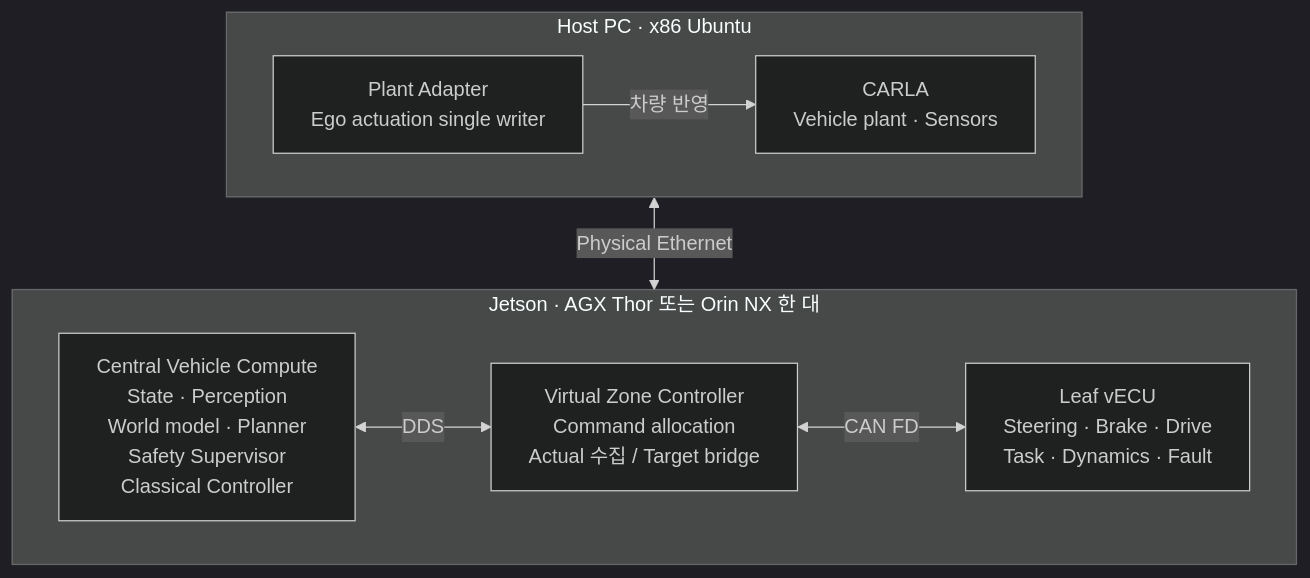
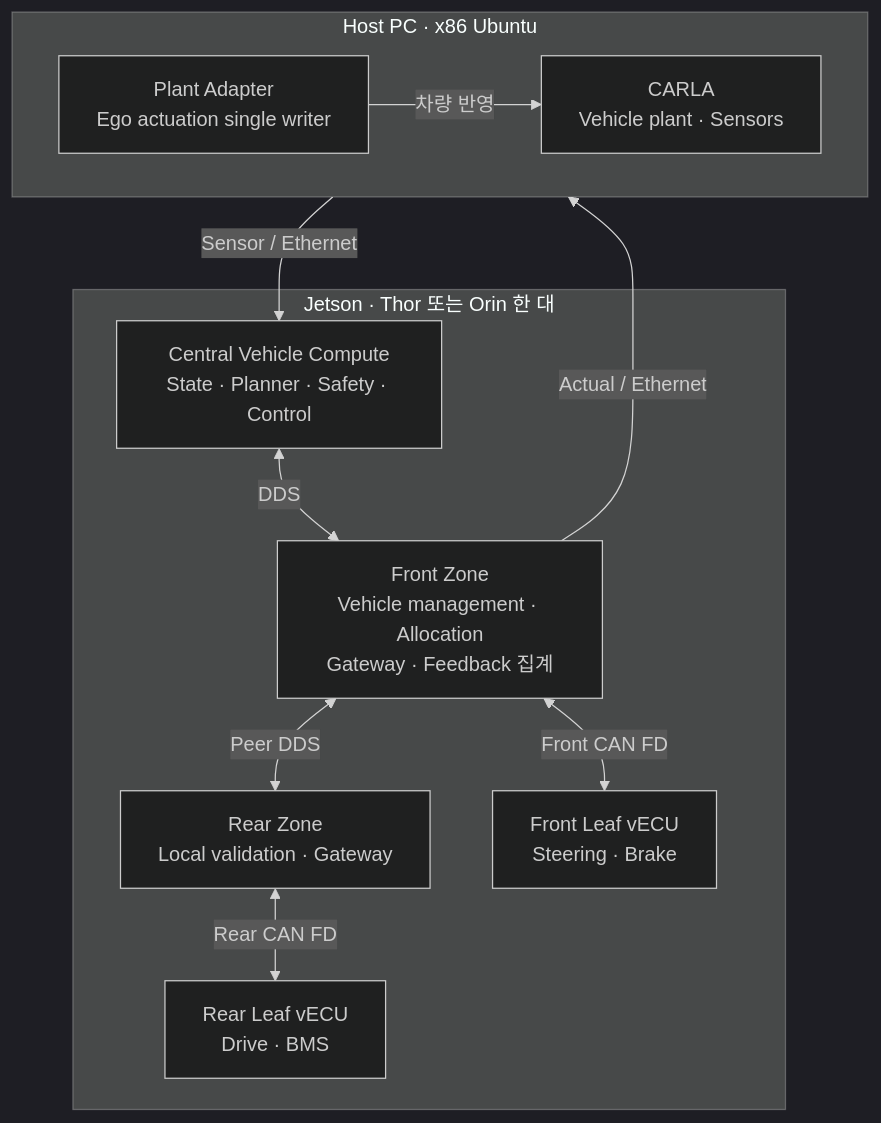
One commit to shinjuyeop/StrataDrive changed the diagram in README.md. Above: the diagram before and after it, drawn with Mermaid (dark theme). The commit also changed other lines of this file and 82 other files, not shown here.

````diff
--- a/README.md
+++ b/README.md
@@ -69,18 +64,22 @@
 ```mermaid
 flowchart TB
   subgraph HOST["Host PC · x86 Ubuntu"]
     direction LR
     ADAPTER["Plant Adapter<br/>Ego actuation single writer"]
     CARLA["CARLA<br/>Vehicle plant · Sensors"]
     ADAPTER -->|차량 반영| CARLA
   end
-  subgraph TARGET["Jetson · AGX Thor 또는 Orin NX 한 대"]
-    direction LR
-    CENTRAL["Central Vehicle Compute<br/>State · Perception<br/>World model · Planner<br/>Safety Supervisor<br/>Classical Controller"]
-    ZONE["Virtual Zone Controller<br/>Command allocation<br/>Actual 수집 / Target bridge"]
-    ECU["Leaf vECU<br/>Steering · Brake · Drive<br/>Task · Dynamics · Fault"]
-    CENTRAL <-->|DDS| ZONE
-    ZONE <-->|CAN FD| ECU
+  subgraph TARGET["Jetson · Thor 또는 Orin 한 대"]
+    CENTRAL["Central Vehicle Compute<br/>State · Planner · Safety · Control"]
+    FRONT["Front Zone<br/>Vehicle management · Allocation<br/>Gateway · Feedback 집계"]
+    REAR["Rear Zone<br/>Local validation · Gateway"]
+    FRONT_LEAF["Front Leaf vECU<br/>Steering · Brake"]
+    REAR_LEAF["Rear Leaf vECU<br/>Drive · BMS"]
+    CENTRAL <-->|DDS| FRONT
+    FRONT <-->|Peer DDS| REAR
+    FRONT <-->|Front CAN FD| FRONT_LEAF
+    REAR <-->|Rear CAN FD| REAR_LEAF
   end
-  HOST <-->|Physical Ethernet| TARGET
+  CARLA -->|Sensor / Ethernet| CENTRAL
+  FRONT -->|Actual / Ethernet| ADAPTER
 ```
````
